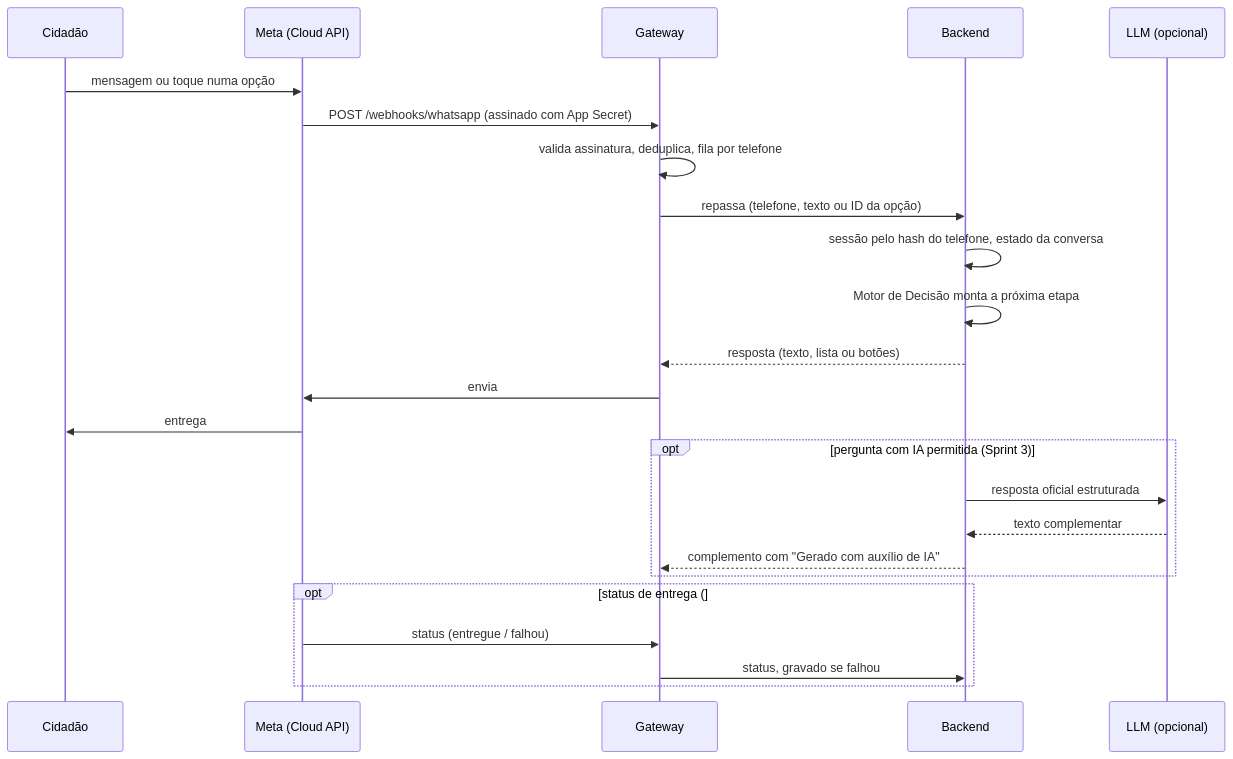
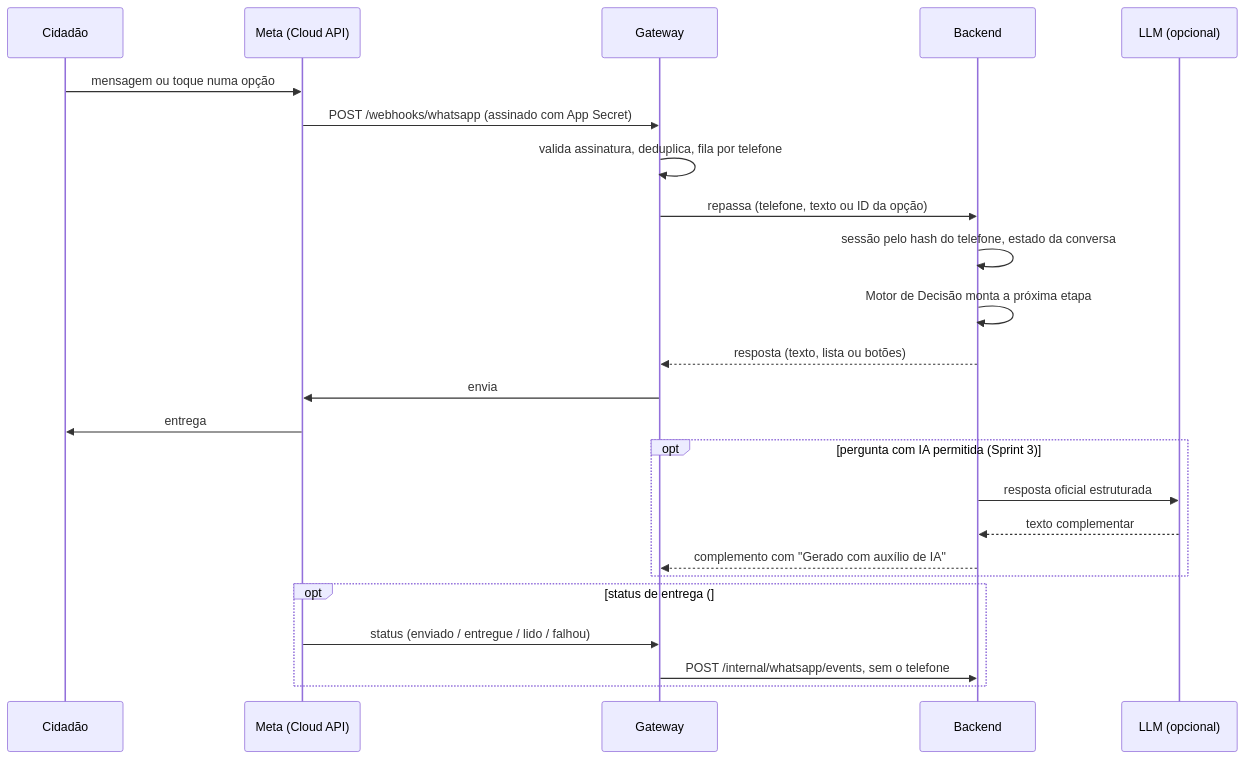
The second of 2 diagrams in .docs/architecture/architecture.md (Steel-Hard/ProconChat_Jacarei), drawn with Mermaid before and after one commit. The commit also changed other lines of this file and 5 other files, not shown here.

Commit message:
Docs :bulb: [#88] Documenta os status de entrega, as falhas, o histórico do WhatsApp e o rodapé de LGPD

````diff
--- a/.docs/architecture/architecture.md
+++ b/.docs/architecture/architecture.md
@@ -79,27 +79,27 @@
 ```mermaid
 sequenceDiagram
     participant C as Cidadão
     participant M as Meta (Cloud API)
     participant G as Gateway
     participant B as Backend
     participant L as LLM (opcional)
 
     C->>M: mensagem ou toque numa opção
     M->>G: POST /webhooks/whatsapp (assinado com App Secret)
     G->>G: valida assinatura, deduplica, fila por telefone
     G->>B: repassa (telefone, texto ou ID da opção)
     B->>B: sessão pelo hash do telefone, estado da conversa
     B->>B: Motor de Decisão monta a próxima etapa
     B-->>G: resposta (texto, lista ou botões)
     G->>M: envia
     M->>C: entrega
     opt pergunta com IA permitida (Sprint 3)
         B->>L: resposta oficial estruturada
         L-->>B: texto complementar
         B-->>G: complemento com "Gerado com auxílio de IA"
     end
-    opt status de entrega (#88, ainda não implementado)
-        M->>G: status (entregue / falhou)
-        G->>B: status, gravado se falhou
+    opt status de entrega (#88)
+        M->>G: status (enviado / entregue / lido / falhou)
+        G->>B: POST /internal/whatsapp/events, sem o telefone
     end
 ```
````
